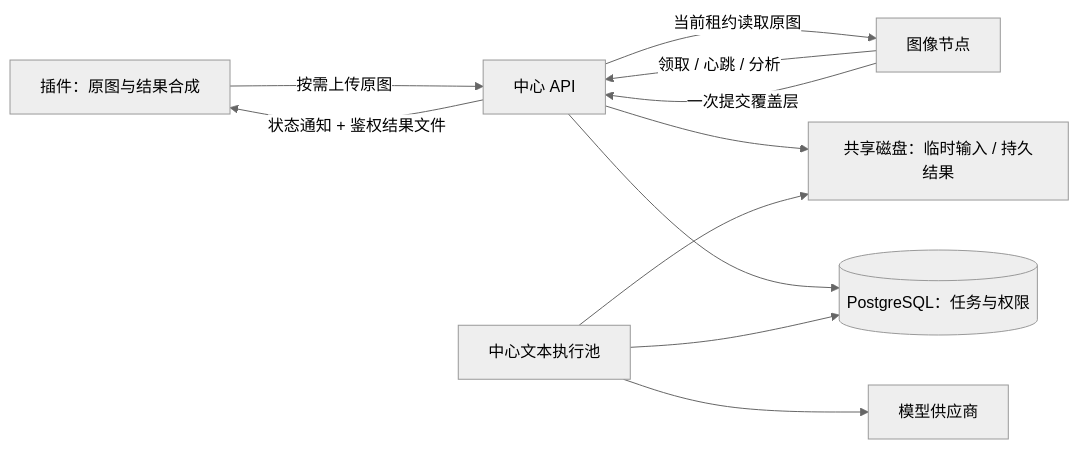
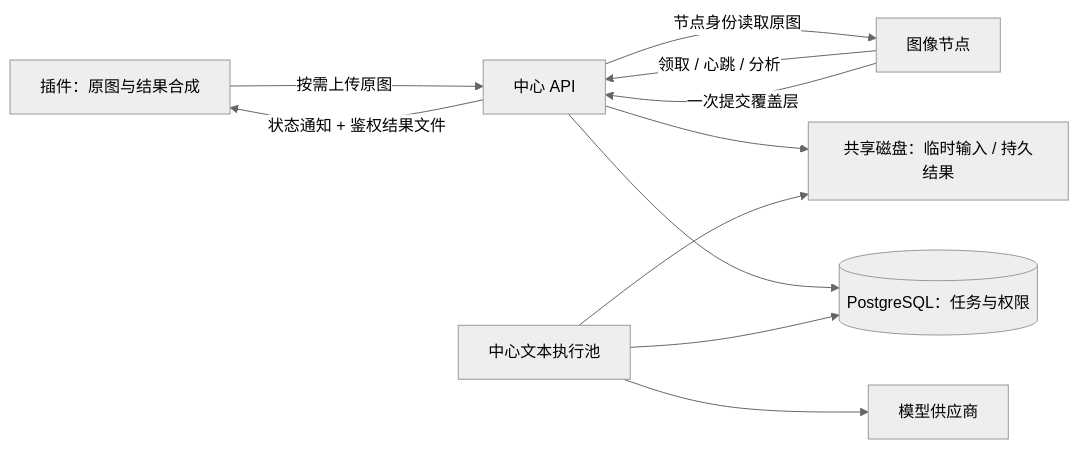
One commit to Wy2926/node-comics changed the diagram in docs/TRANSLATION_CLUSTER_DESIGN.md. Above: the diagram before and after it, drawn with Mermaid (neutral theme). The commit also changed 10 other files, not shown here.

````diff
--- a/docs/TRANSLATION_CLUSTER_DESIGN.md
+++ b/docs/TRANSLATION_CLUSTER_DESIGN.md
@@ -7,13 +7,13 @@
 ```mermaid
 flowchart LR
     C[插件：原图与结果合成] -->|按需上传原图| A[中心 API]
     A --> D[(PostgreSQL：任务与权限)]
     A --> F[共享磁盘：临时输入 / 持久结果]
     N[图像节点] -->|领取 / 心跳 / 分析| A
-    A -->|当前租约读取原图| N
+    A -->|节点身份读取原图| N
     N -->|一次提交覆盖层| A
     W[中心文本执行池] --> D
     W --> P[模型供应商]
     W --> F
     A -->|状态通知 + 鉴权结果文件| C
 ```
````
